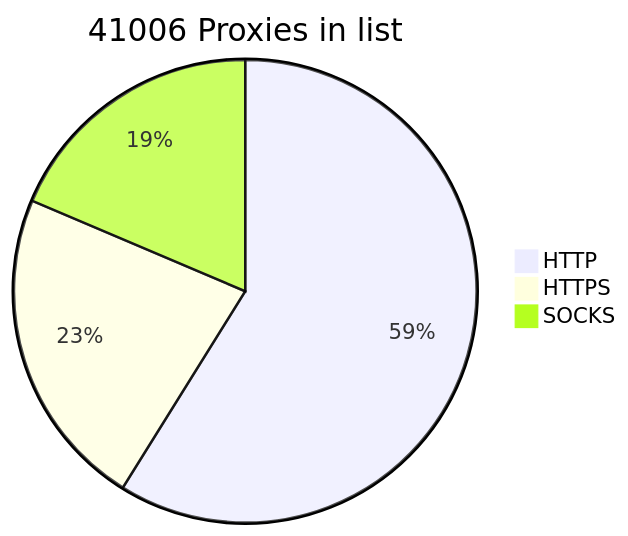
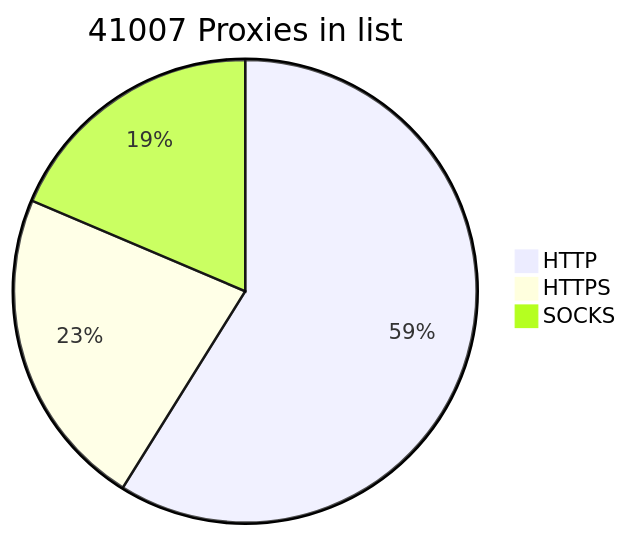
One commit to BlackSnowDot/proxylist-update-every-minute changed the diagram in README.md. Above: the diagram before and after it, drawn with Mermaid.

````diff
--- a/README.md
+++ b/README.md
@@ -2,6 +2,6 @@
 ```mermaid
-pie title 41006 Proxies in list
-    "HTTP" : 28392
+pie title 41007 Proxies in list
+    "HTTP" : 28393
     "HTTPS": 10863
     "SOCKS" : 8973
 ```
````
